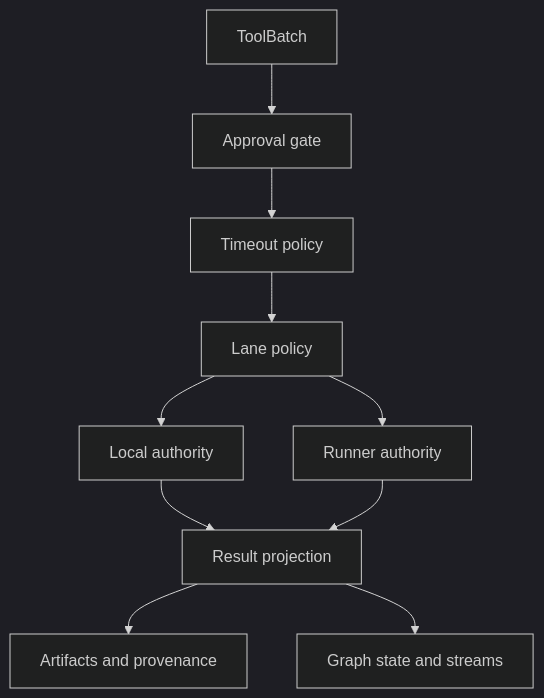
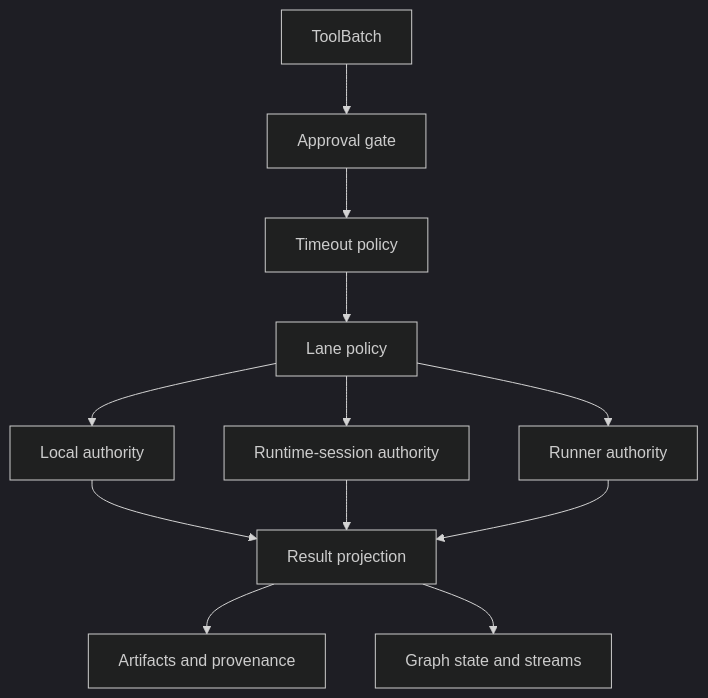
Before and after one commit to quareth/drowAI: the third of 4 diagrams in docs/architecture/tools.md, drawn with Mermaid (dark theme). The commit also changed other lines of this file and 419 other files, not shown here.

````diff
--- a/docs/architecture/tools.md
+++ b/docs/architecture/tools.md
@@ -237,22 +266,25 @@
 ```mermaid
 flowchart TD
     Batch[ToolBatch]
     Approval[Approval gate]
     Timeout[Timeout policy]
     Lane[Lane policy]
     Local[Local authority]
+    Session[Runtime-session authority]
     Runner[Runner authority]
     Result[Result projection]
     Artifacts[Artifacts and provenance]
     State[Graph state and streams]
 
     Batch --> Approval
     Approval --> Timeout
     Timeout --> Lane
     Lane --> Local
+    Lane --> Session
     Lane --> Runner
     Local --> Result
+    Session --> Result
     Runner --> Result
     Result --> Artifacts
     Result --> State
 ```
````
